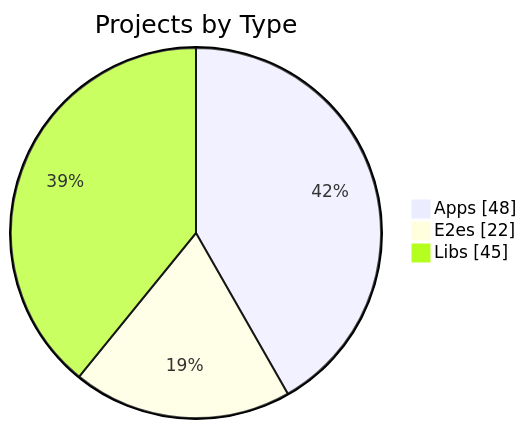
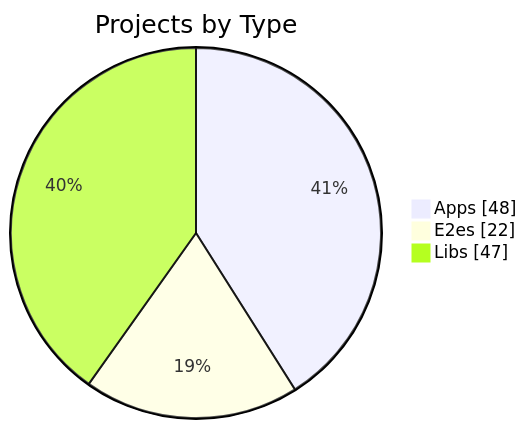
One commit to KBVE/kbve changed the first of 3 diagrams in apps/kbve/astro-kbve/src/content/docs/dashboard/graph.mdx. Above: the diagram before and after it, drawn with Mermaid. The commit also changed other lines of this file and 8 other files, not shown here.

````diff
--- a/apps/kbve/astro-kbve/src/content/docs/dashboard/graph.mdx
+++ b/apps/kbve/astro-kbve/src/content/docs/dashboard/graph.mdx
@@ -56,7 +56,7 @@
 ```mermaid
 pie showData
     title Projects by Type
     "Apps" : 48
     "E2es" : 22
-    "Libs" : 45
+    "Libs" : 47
 ```
````
